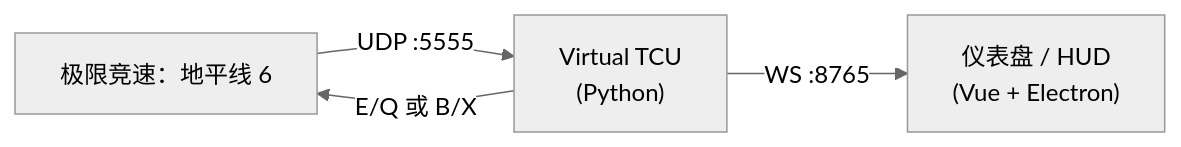
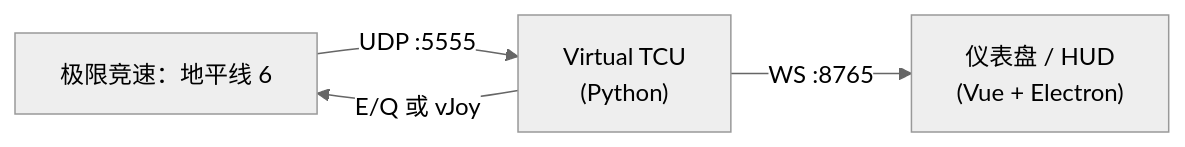
The diagram in README.zh-CN.md (DistantSK/fh6-virtual_tcu), drawn with Mermaid (neutral theme) before and after one commit. The commit also changed other lines of this file and 10 other files, not shown here.

````diff
--- a/README.zh-CN.md
+++ b/README.zh-CN.md
@@ -46,6 +46,6 @@
 ```mermaid
 flowchart LR
   FH6["极限竞速：地平线 6"] -->|"UDP :5555"| TCU["Virtual TCU\n(Python)"]
-  TCU -->|"E/Q 或 B/X"| FH6
+  TCU -->|"E/Q 或 vJoy"| FH6
   TCU -->|"WS :8765"| UI["仪表盘 / HUD\n(Vue + Electron)"]
 ```
````
